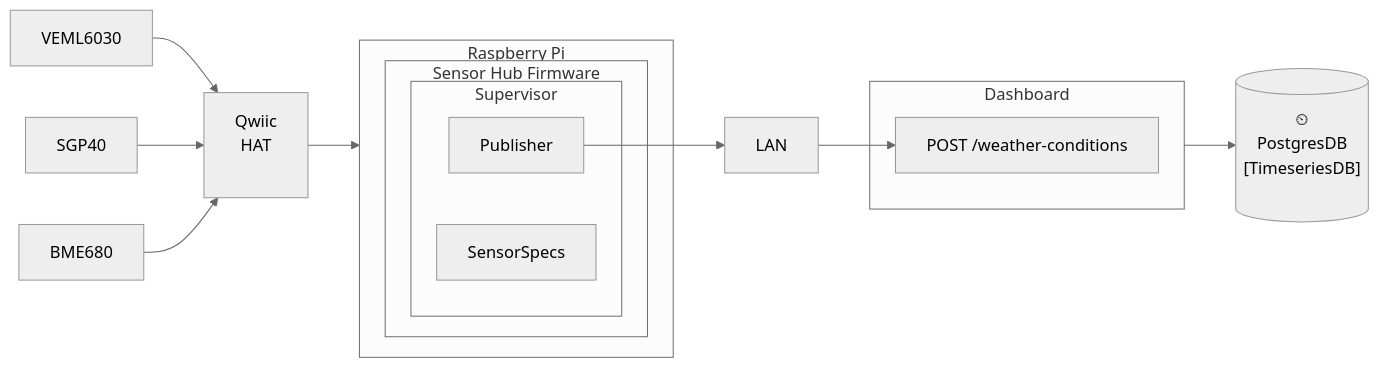
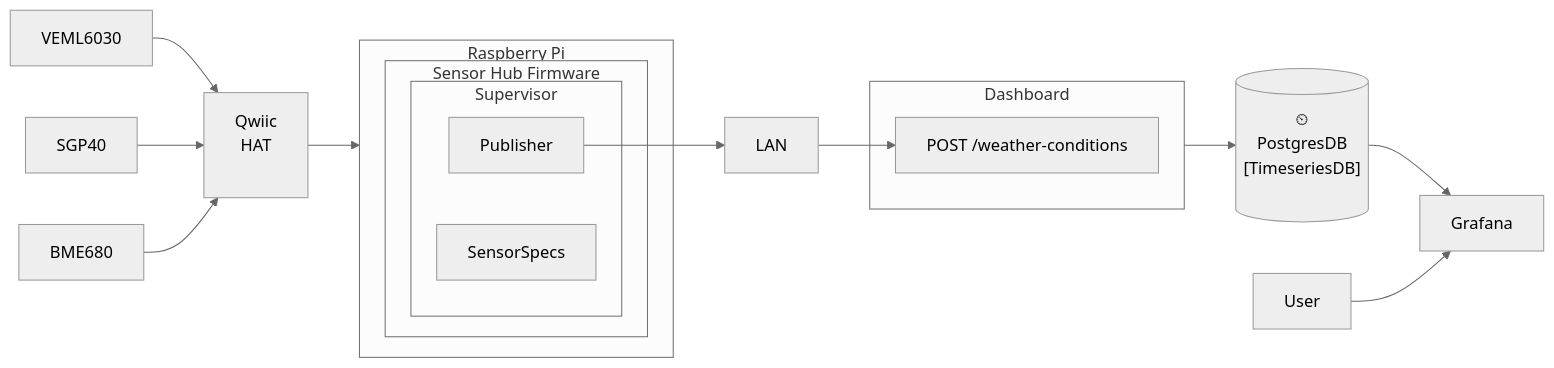
Before and after one commit to anarinya/nerves-weather-station: the diagram in README.md, drawn with Mermaid (neutral theme). The commit also changed other lines of this file and 1 other file, not shown here.

Commit message:
added grafana config and mentioned it in readme

````diff
--- a/README.md
+++ b/README.md
@@ -108,28 +110,30 @@
 ```mermaid
 graph LR
 	PG[("⏲\nPostgresDB\n[TimeseriesDB]\n\n")]
 	QwiicHAT["Qwiic\nHAT\n\n"]
 
   subgraph RPI4["Raspberry Pi"]
 		subgraph "Sensor Hub Firmware"
 			subgraph Supervisor
 				Publisher
 				SensorSpecs
 			end
 		end
 	end
 
 
 	subgraph Dashboard
 		Endpoint["POST /weather-conditions"]
 	end
 
 QwiicHAT --> RPI4
 VEML6030 --> QwiicHAT
 SGP40 --> QwiicHAT
 BME680 --> QwiicHAT
 Publisher --> LAN
 LAN --> Endpoint
 
 Dashboard --> PG
+PG --> Grafana
+User --> Grafana
 ```
````
